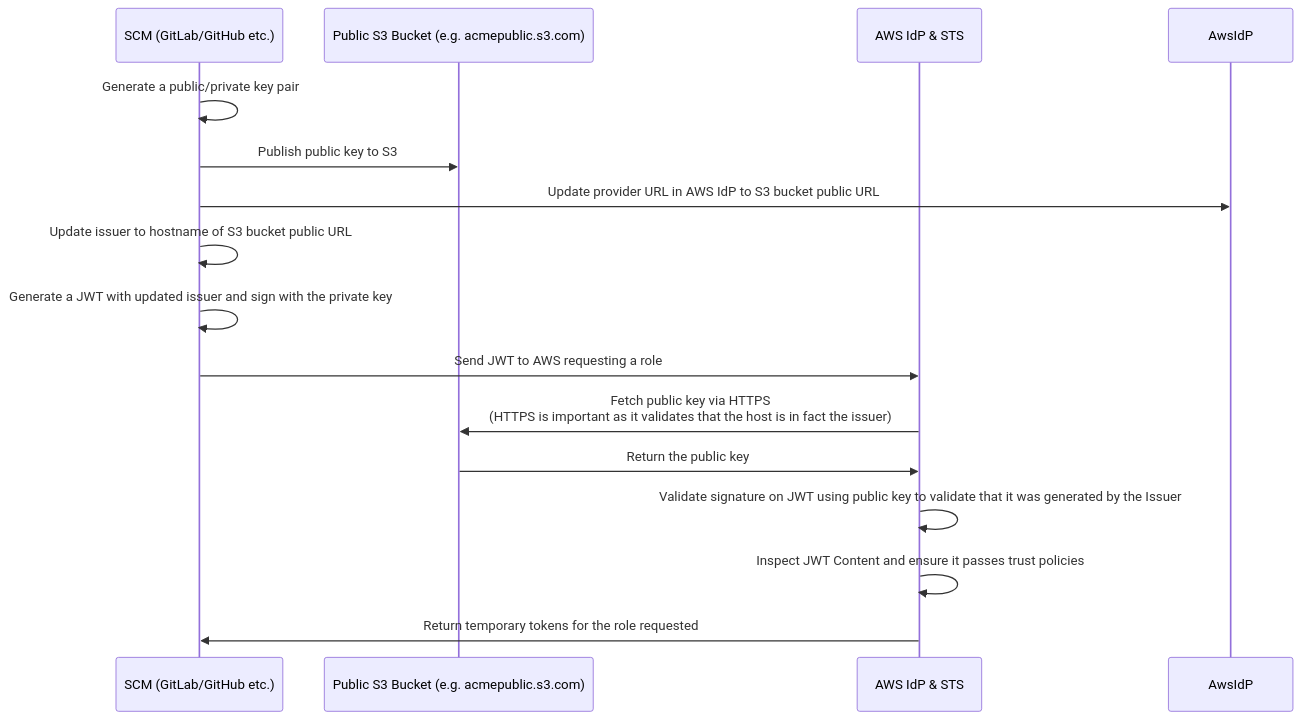
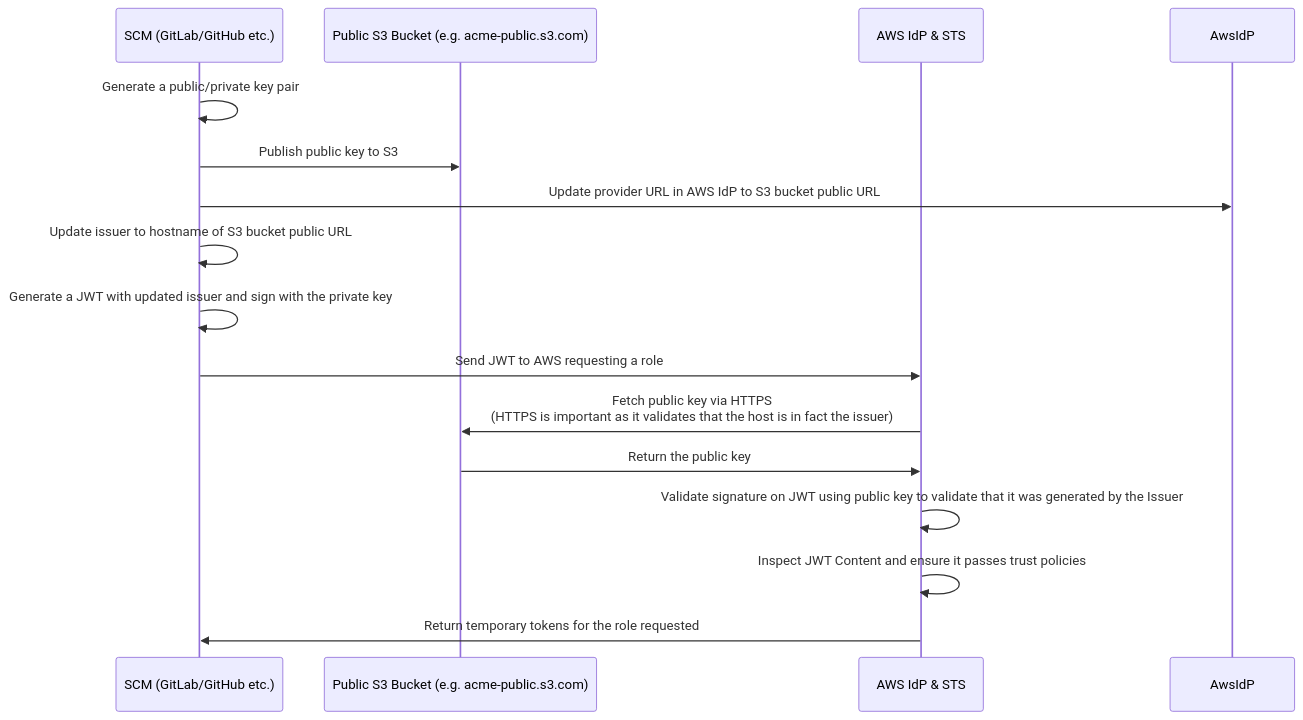
One commit to gruntwork-io/docs changed the second of 2 diagrams in docs/2.0/docs/pipelines/concepts/cloud-auth.md. Above: the diagram before and after it, drawn with Mermaid.

Commit message:
spell checker appeasement

````diff
--- a/docs/2.0/docs/pipelines/concepts/cloud-auth.md
+++ b/docs/2.0/docs/pipelines/concepts/cloud-auth.md
@@ -111,20 +111,20 @@
 ```mermaid
 sequenceDiagram
   participant SCM as SCM (GitLab/GitHub etc.)
-  participant SCMPublicRoute as Public S3 Bucket (e.g. acmepublic.s3.com)
+  participant SCMPublicRoute as Public S3 Bucket (e.g. acme-public.s3.com)
   participant AWSIdP as AWS IdP & STS
 
 
   SCM->>SCM: Generate a public/private key pair
   SCM->>SCMPublicRoute: Publish public key to S3
   SCM->>AwsIdP: Update provider URL in AWS IdP to S3 bucket public URL
   SCM->>SCM: Update issuer to hostname of S3 bucket public URL
   SCM->>SCM: Generate a JWT with updated issuer and sign with the private key
   SCM->>AWSIdP: Send JWT to AWS requesting a role
   AWSIdP->>SCMPublicRoute: Fetch public key via HTTPS <br>(HTTPS is important as it validates that the host is in fact the issuer)
   SCMPublicRoute->>AWSIdP: Return the public key
   AWSIdP->>AWSIdP: Validate signature on JWT using public key to validate that it was generated by the Issuer
   AWSIdP->>AWSIdP: Inspect JWT Content and ensure it passes trust policies
   AWSIdP->>SCM: Return temporary tokens for the role requested
 
 ```
````
